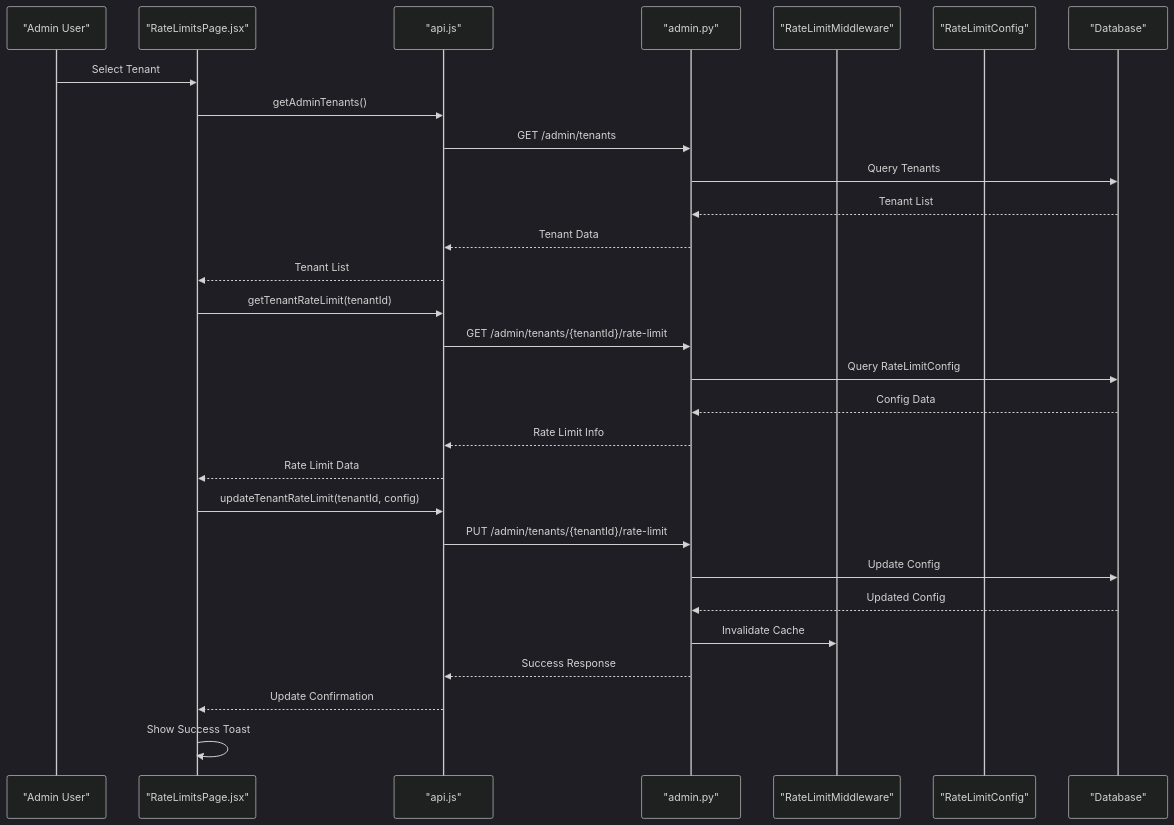
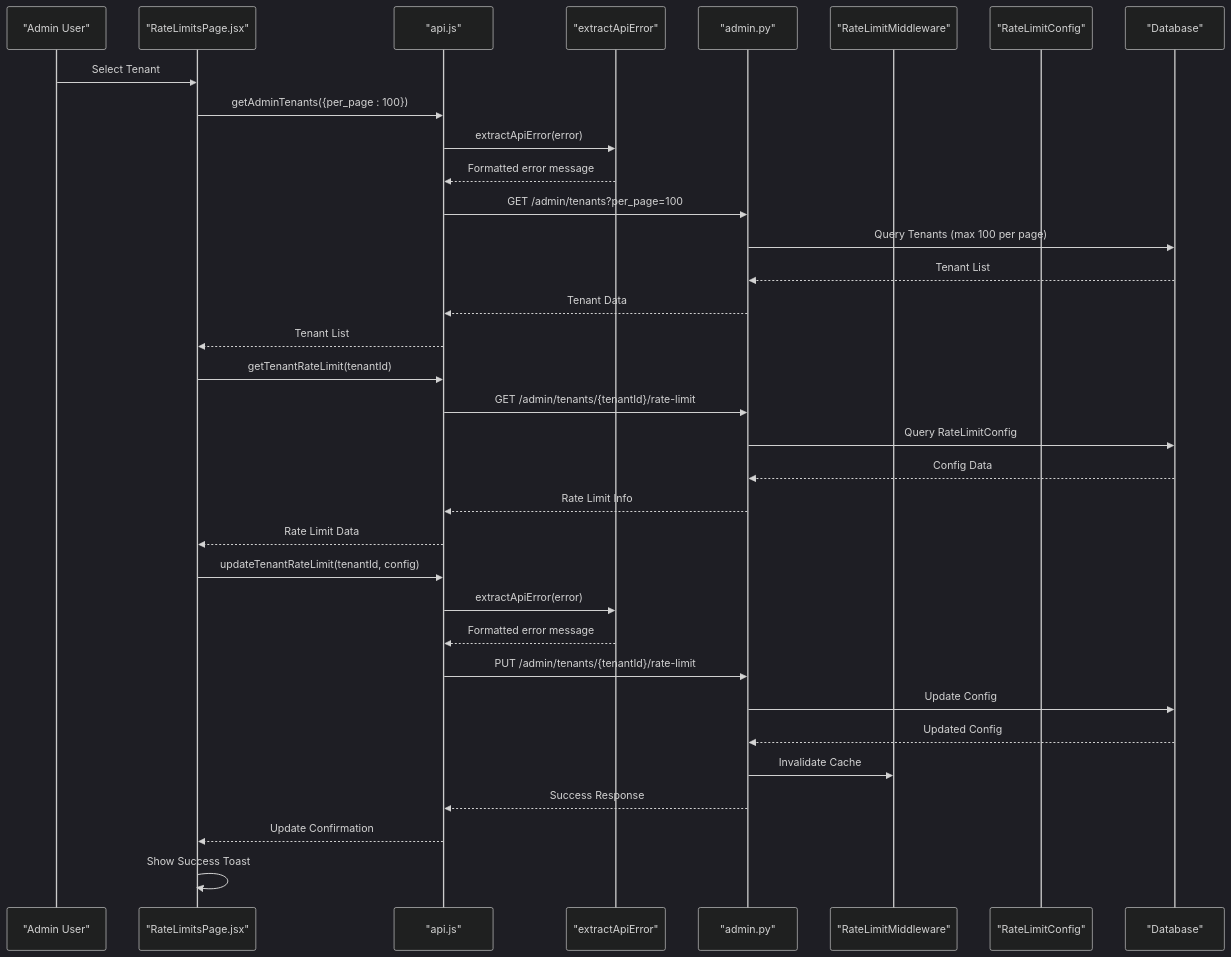
One commit to Revanththetalogics/aireume changed the second of 8 diagrams in .qoder/repowiki/en/content/Frontend Architecture/Rate Limit Management.md. Above: the diagram before and after it, drawn with Mermaid (dark theme). The commit also changed other lines of this file and 9 other files, not shown here.

Commit message:
fix: admin overview metrics showing dashes - add flat fields to API response - Add active_users, total_analyses, mrr at root level of /metrics/overview - Frontend already expects these field names - no frontend changes needed

````diff
--- a/.qoder/repowiki/en/content/Frontend Architecture/Rate Limit Management.md
+++ b/.qoder/repowiki/en/content/Frontend Architecture/Rate Limit Management.md
@@ -148,31 +149,36 @@
 ```mermaid
 sequenceDiagram
 participant Admin as "Admin User"
 participant UI as "RateLimitsPage.jsx"
 participant API as "api.js"
+participant Extract as "extractApiError"
 participant Backend as "admin.py"
 participant Middleware as "RateLimitMiddleware"
 participant Config as "RateLimitConfig"
 participant DB as "Database"
 Admin->>UI : Select Tenant
-UI->>API : getAdminTenants()
-API->>Backend : GET /admin/tenants
-Backend->>DB : Query Tenants
+UI->>API : getAdminTenants({per_page : 100})
+API->>Extract : extractApiError(error)
+Extract-->>API : Formatted error message
+API->>Backend : GET /admin/tenants?per_page=100
+Backend->>DB : Query Tenants (max 100 per page)
 DB-->>Backend : Tenant List
 Backend-->>API : Tenant Data
 API-->>UI : Tenant List
 UI->>API : getTenantRateLimit(tenantId)
 API->>Backend : GET /admin/tenants/{tenantId}/rate-limit
 Backend->>DB : Query RateLimitConfig
 DB-->>Backend : Config Data
 Backend-->>API : Rate Limit Info
 API-->>UI : Rate Limit Data
 UI->>API : updateTenantRateLimit(tenantId, config)
+API->>Extract : extractApiError(error)
+Extract-->>API : Formatted error message
 API->>Backend : PUT /admin/tenants/{tenantId}/rate-limit
 Backend->>DB : Update Config
 DB-->>Backend : Updated Config
 Backend->>Middleware : Invalidate Cache
 Backend-->>API : Success Response
 API-->>UI : Update Confirmation
 UI->>UI : Show Success Toast
 ```
````
